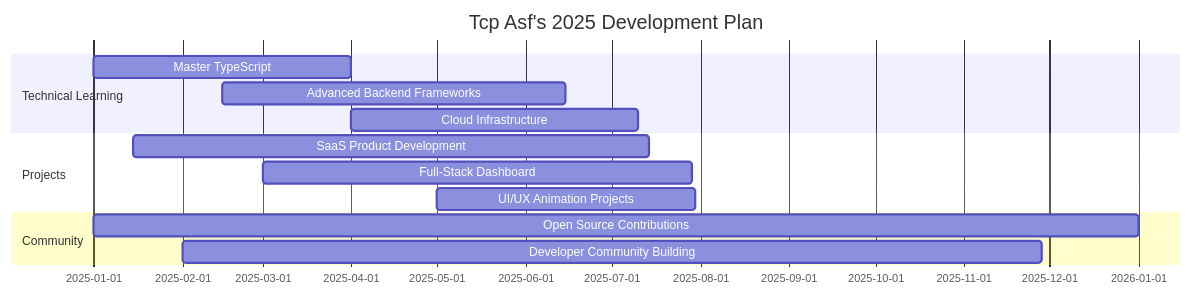
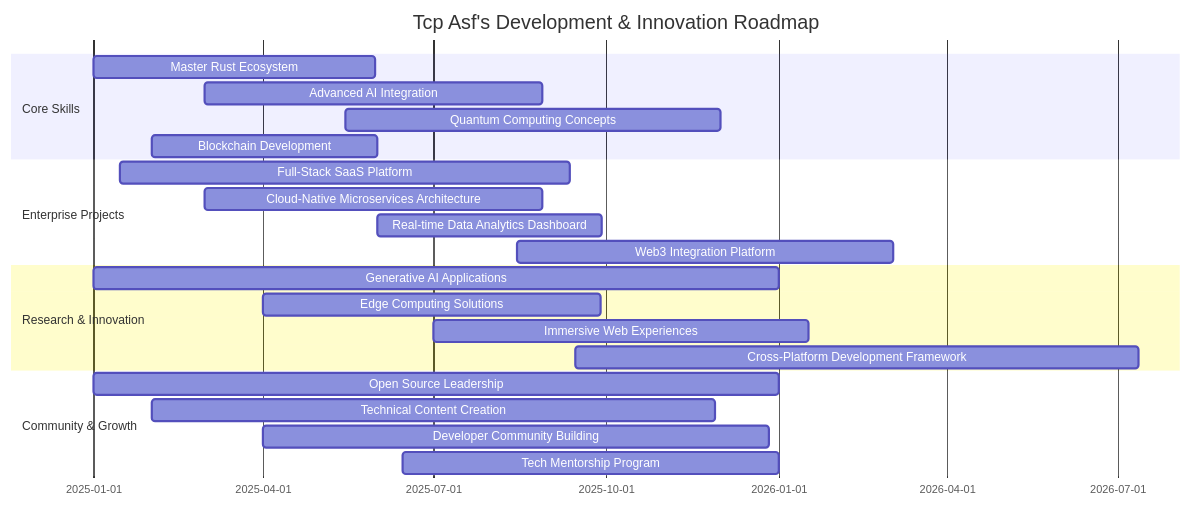
The diagram in README.md (alphadzd/alphadzd), drawn with Mermaid before and after one commit. The commit also changed other lines of this file, not shown here.

````diff
--- a/README.md
+++ b/README.md
@@ -111,16 +263,28 @@
 ```mermaid
 gantt
-    title Tcp Asf's 2025 Development Plan
+    title Tcp Asf's Development & Innovation Roadmap
     dateFormat  YYYY-MM-DD
-    section Technical Learning
-    Master TypeScript            :2025-01-01, 90d
-    Advanced Backend Frameworks  :2025-02-15, 120d
-    Cloud Infrastructure         :2025-04-01, 100d
-    section Projects
-    SaaS Product Development     :2025-01-15, 180d
-    Full-Stack Dashboard         :2025-03-01, 150d
-    UI/UX Animation Projects     :2025-05-01, 90d
-    section Community
-    Open Source Contributions    :2025-01-01, 365d
-    Developer Community Building :2025-02-01, 300d
+    section Core Skills
+    Master Rust Ecosystem                      :2025-01-01, 150d
+    Advanced AI Integration                    :2025-03-01, 180d
+    Quantum Computing Concepts                 :2025-05-15, 200d
+    Blockchain Development                     :2025-02-01, 120d
+    
+    section Enterprise Projects
+    Full-Stack SaaS Platform                   :2025-01-15, 240d
+    Cloud-Native Microservices Architecture    :2025-03-01, 180d
+    Real-time Data Analytics Dashboard         :2025-06-01, 120d
+    Web3 Integration Platform                  :2025-08-15, 200d
+    
+    section Research & Innovation
+    Generative AI Applications                 :2025-01-01, 365d
+    Edge Computing Solutions                   :2025-04-01, 180d
+    Immersive Web Experiences                  :2025-07-01, 200d
+    Cross-Platform Development Framework       :2025-09-15, 300d
+    
+    section Community & Growth
+    Open Source Leadership                     :2025-01-01, 365d
+    Technical Content Creation                 :2025-02-01, 300d
+    Developer Community Building               :2025-04-01, 270d
+    Tech Mentorship Program                    :2025-06-15, 200d
 ```
````
